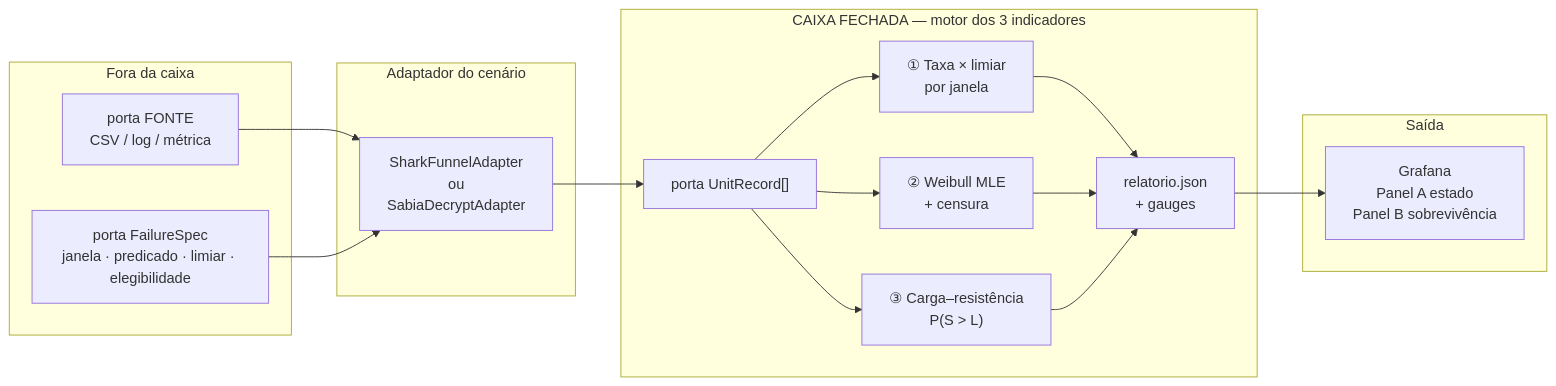
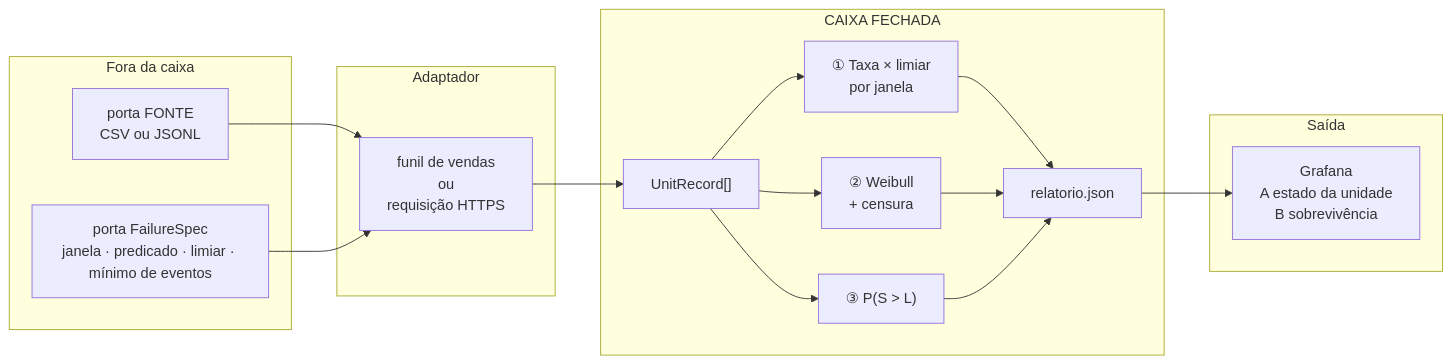
One commit to FelippeVelosoMarinho/eee017-confiabilidade-http changed the first of 5 diagrams in docs/caixa-fechada-tp.md. Above: the diagram before and after it, drawn with Mermaid. The commit also changed other lines of this file and 3 other files, not shown here.

````diff
--- a/docs/caixa-fechada-tp.md
+++ b/docs/caixa-fechada-tp.md
@@ -30,31 +30,31 @@
 ```mermaid
 flowchart LR
   subgraph Fora["Fora da caixa"]
-    FS["porta FONTE<br/>CSV / log / métrica"]
-    SPEC["porta FailureSpec<br/>janela · predicado · limiar · elegibilidade"]
+    FS["porta FONTE<br/>CSV ou JSONL"]
+    SPEC["porta FailureSpec<br/>janela · predicado · limiar · mínimo de eventos"]
   end
 
-  subgraph Adapt["Adaptador do cenário"]
-    AD["SharkFunnelAdapter<br/>ou<br/>SabiaDecryptAdapter"]
+  subgraph Adapt["Adaptador"]
+    AD["funil de vendas<br/>ou<br/>requisição HTTPS"]
   end
 
-  subgraph Caixa["CAIXA FECHADA — motor dos 3 indicadores"]
-    UR["porta UnitRecord[]"]
+  subgraph Caixa["CAIXA FECHADA"]
+    UR["UnitRecord[]"]
     I1["① Taxa × limiar<br/>por janela"]
-    I2["② Weibull MLE<br/>+ censura"]
-    I3["③ Carga–resistência<br/>P(S > L)"]
-    ART["relatorio.json<br/>+ gauges"]
+    I2["② Weibull<br/>+ censura"]
+    I3["③ P(S > L)"]
+    ART["relatorio.json"]
     UR --> I1 --> ART
     UR --> I2 --> ART
     UR --> I3 --> ART
   end
 
   subgraph UI["Saída"]
-    GA["Grafana<br/>Panel A estado<br/>Panel B sobrevivência"]
+    GA["Grafana<br/>A estado da unidade<br/>B sobrevivência"]
   end
 
   FS --> AD
   SPEC --> AD
   AD --> UR
   ART --> GA
 ```
````
